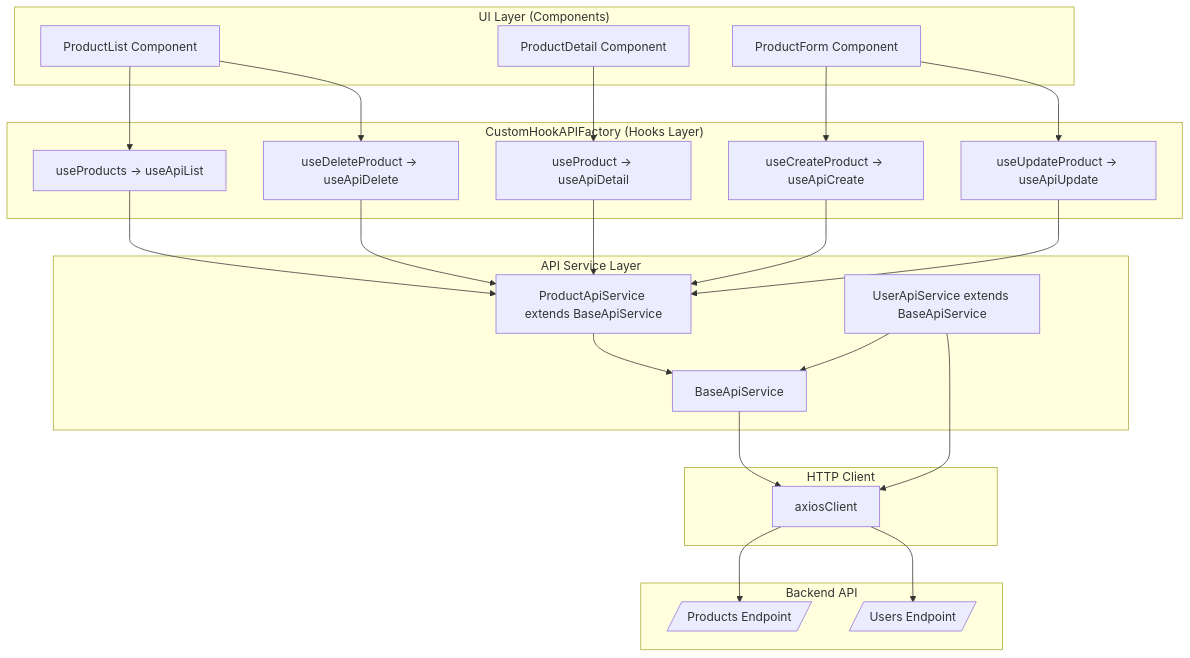
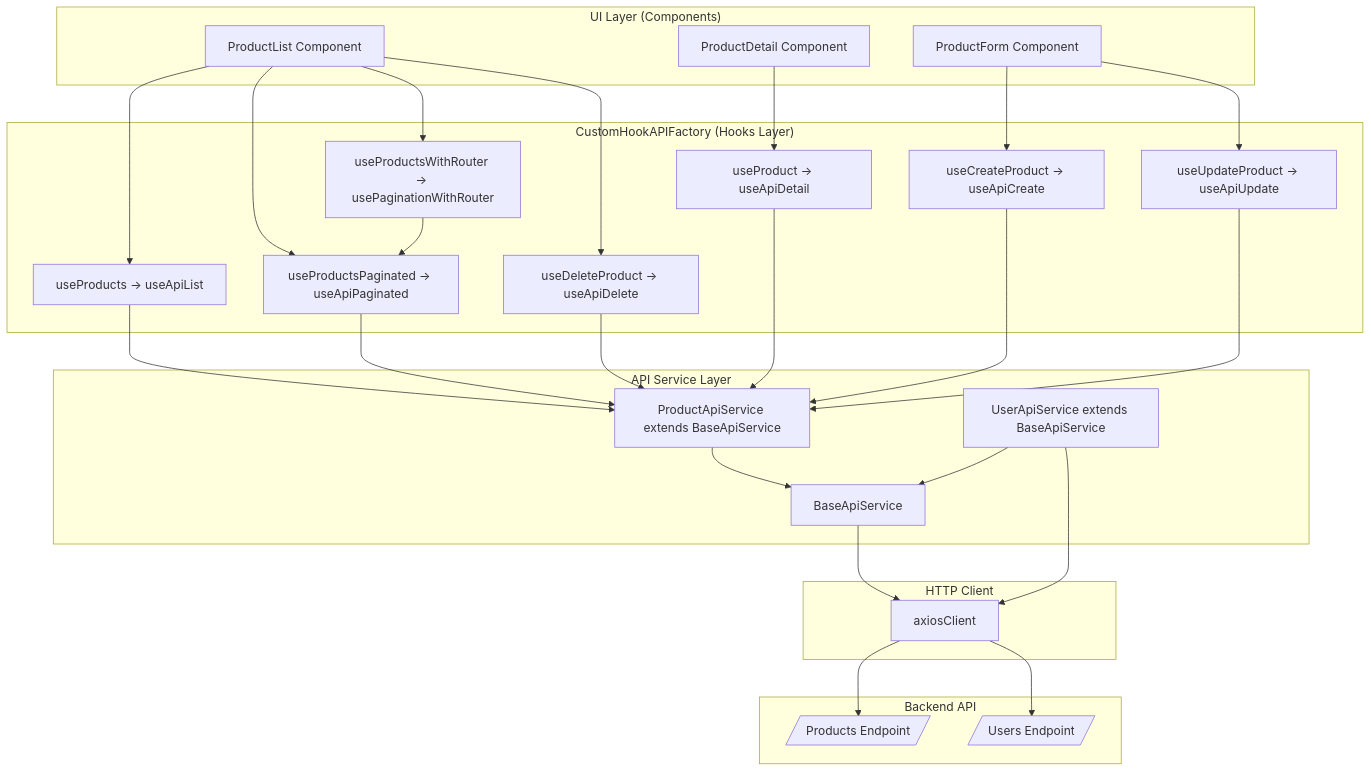
One commit to NguyenThanhHungDev140503/TapHoaNho-Document changed the seventh of 7 diagrams in CustomHook/CustomHookAPIFactory-Architectured.md. Above: the diagram before and after it, drawn with Mermaid. The commit also changed other lines of this file, not shown here.

````diff
--- a/CustomHook/CustomHookAPIFactory-Architectured.md
+++ b/CustomHook/CustomHookAPIFactory-Architectured.md
@@ -731,52 +912,58 @@
 ```mermaid
 flowchart TD
     subgraph UI["UI Layer (Components)"]
         C1[ProductList Component]
         C2[ProductDetail Component]
         C3[ProductForm Component]
     end
 
     subgraph Hooks["CustomHookAPIFactory (Hooks Layer)"]
         H1[useProducts → useApiList]
-        H2[useProduct → useApiDetail]
-        H3[useCreateProduct → useApiCreate]
-        H4[useUpdateProduct → useApiUpdate]
-        H5[useDeleteProduct → useApiDelete]
+        H2[useProductsPaginated → useApiPaginated]
+        H3[useProductsWithRouter → usePaginationWithRouter]
+        H4[useProduct → useApiDetail]
+        H5[useCreateProduct → useApiCreate]
+        H6[useUpdateProduct → useApiUpdate]
+        H7[useDeleteProduct → useApiDelete]
     end
 
     subgraph Services["API Service Layer"]
         SBase[BaseApiService<TData,TCreate,TUpdate>]
         SProd[ProductApiService extends BaseApiService]
         SUser[UserApiService extends BaseApiService]
     end
 
     subgraph Axios["HTTP Client"]
         AX[axiosClient]
     end
 
     subgraph Backend["Backend API"]
         B1[/Products Endpoint/]
         B2[/Users Endpoint/]
     end
 
     C1 --> H1
-    C1 --> H5
-    C2 --> H2
-    C3 --> H3
-    C3 --> H4
+    C1 --> H2
+    C1 --> H3
+    C1 --> H7
+    C2 --> H4
+    C3 --> H5
+    C3 --> H6
 
     H1 --> SProd
     H2 --> SProd
-    H3 --> SProd
+    H3 --> H2
     H4 --> SProd
     H5 --> SProd
+    H6 --> SProd
+    H7 --> SProd
 
     SProd --> SBase
 
     SBase --> AX
     AX --> B1
 
     SUser --> SBase
     SUser --> AX
     AX --> B2
 ```
````
